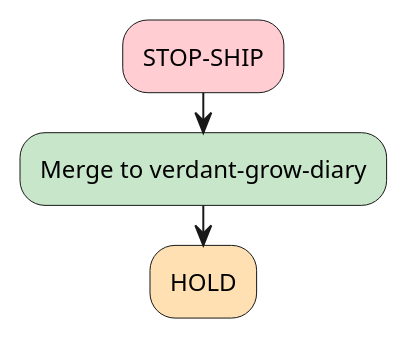
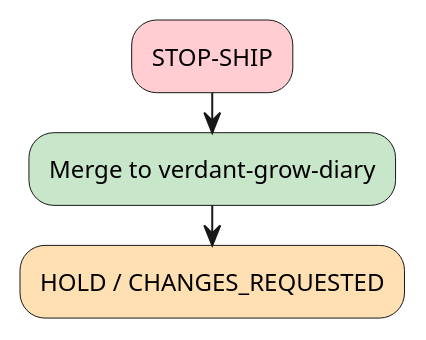
Before and after one commit to Verdant-OS/verdant-grow-diary: the third of 3 diagrams in docs/plantuml/README.md, drawn with PlantUML. The commit also changed other lines of this file and 4 other files, not shown here.

First line of the commit message:
docs(plantuml): source-relative includes, tested contrast, honest outcome colors

````diff
--- a/docs/plantuml/README.md
+++ b/docs/plantuml/README.md
@@ -76,5 +93,5 @@
 ```plantuml
 #FFCDD2:STOP-SHIP;
 #C8E6C9:Merge to verdant-grow-diary;
-#FFE0B2:HOLD;
+#FFE0B2:HOLD / CHANGES_REQUESTED;
 ```
````
